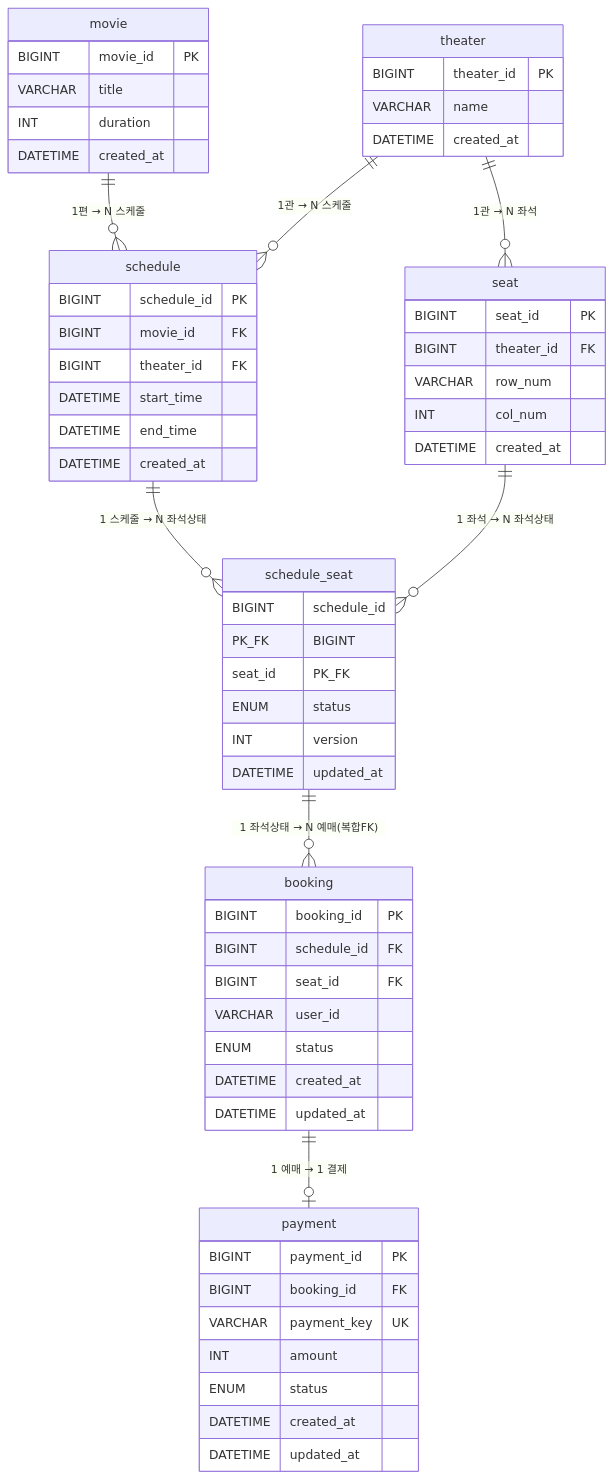
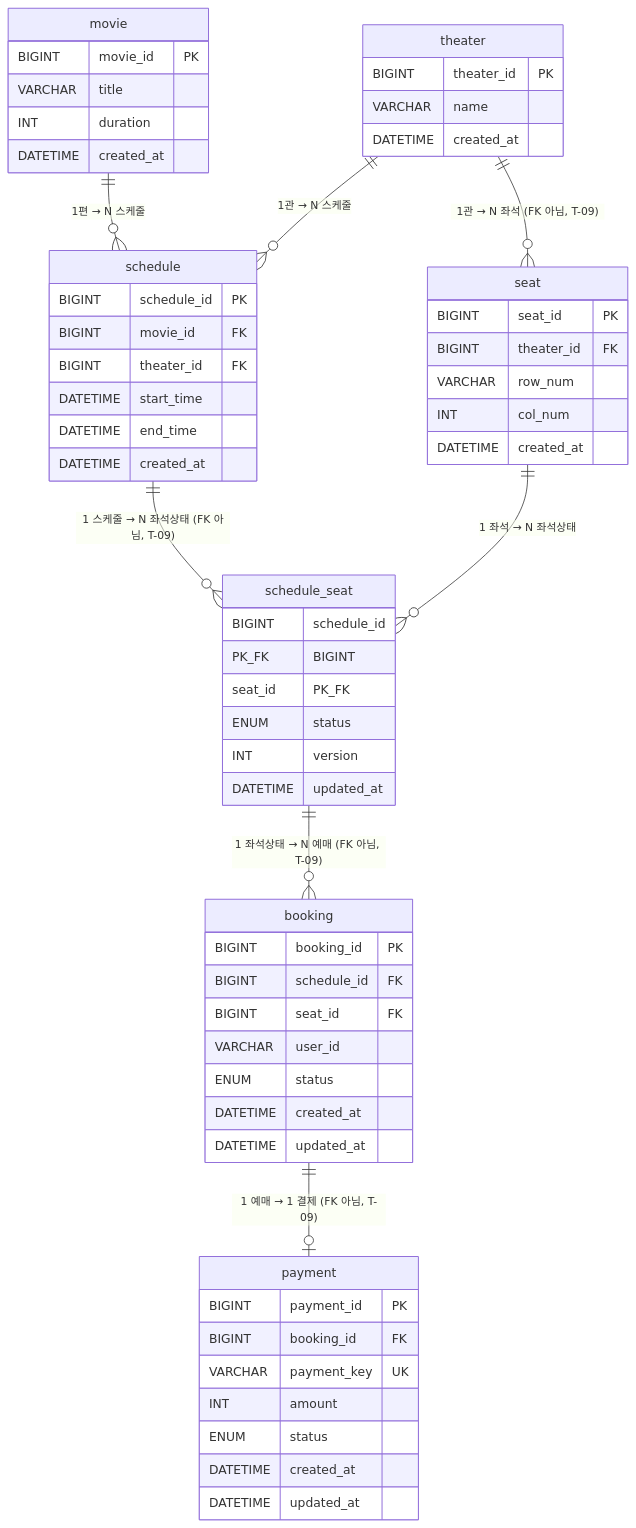
Before and after one commit to soojin1999/cinema: the diagram in docs/db/diagram.md, drawn with Mermaid. The commit also changed other lines of this file and 14 other files, not shown here.

````diff
--- a/docs/db/diagram.md
+++ b/docs/db/diagram.md
@@ -11,68 +15,68 @@
 ```mermaid
 erDiagram
     movie {
         BIGINT movie_id PK
         VARCHAR title
         INT duration
         DATETIME created_at
     }
 
     theater {
         BIGINT theater_id PK
         VARCHAR name
         DATETIME created_at
     }
 
     seat {
         BIGINT seat_id PK
         BIGINT theater_id FK
         VARCHAR row_num
         INT col_num
         DATETIME created_at
     }
 
     schedule {
         BIGINT schedule_id PK
         BIGINT movie_id FK
         BIGINT theater_id FK
         DATETIME start_time
         DATETIME end_time
         DATETIME created_at
     }
 
     schedule_seat {
         BIGINT schedule_id PK_FK
         BIGINT seat_id PK_FK
         ENUM status
         INT version
         DATETIME updated_at
     }
 
     booking {
         BIGINT booking_id PK
         BIGINT schedule_id FK
         BIGINT seat_id FK
         VARCHAR user_id
         ENUM status
         DATETIME created_at
         DATETIME updated_at
     }
 
     payment {
         BIGINT payment_id PK
         BIGINT booking_id FK
         VARCHAR payment_key UK
         INT amount
         ENUM status
         DATETIME created_at
         DATETIME updated_at
     }
 
     movie      ||--o{ schedule      : "1편 → N 스케줄"
     theater    ||--o{ schedule      : "1관 → N 스케줄"
-    theater    ||--o{ seat          : "1관 → N 좌석"
-    schedule   ||--o{ schedule_seat : "1 스케줄 → N 좌석상태"
+    theater    ||--o{ seat          : "1관 → N 좌석 (FK 아님, T-09)"
+    schedule   ||--o{ schedule_seat : "1 스케줄 → N 좌석상태 (FK 아님, T-09)"
     seat       ||--o{ schedule_seat : "1 좌석 → N 좌석상태"
-    schedule_seat ||--o{ booking   : "1 좌석상태 → N 예매(복합FK)"
-    booking    ||--o| payment       : "1 예매 → 1 결제"
+    schedule_seat ||--o{ booking   : "1 좌석상태 → N 예매 (FK 아님, T-09)"
+    booking    ||--o| payment       : "1 예매 → 1 결제 (FK 아님, T-09)"
 ```
````
